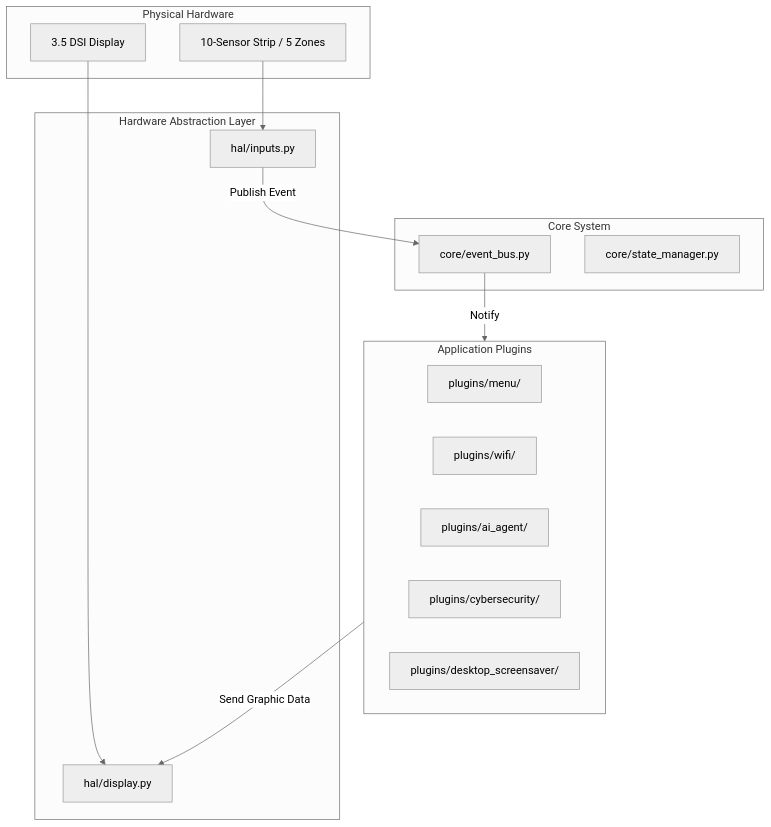
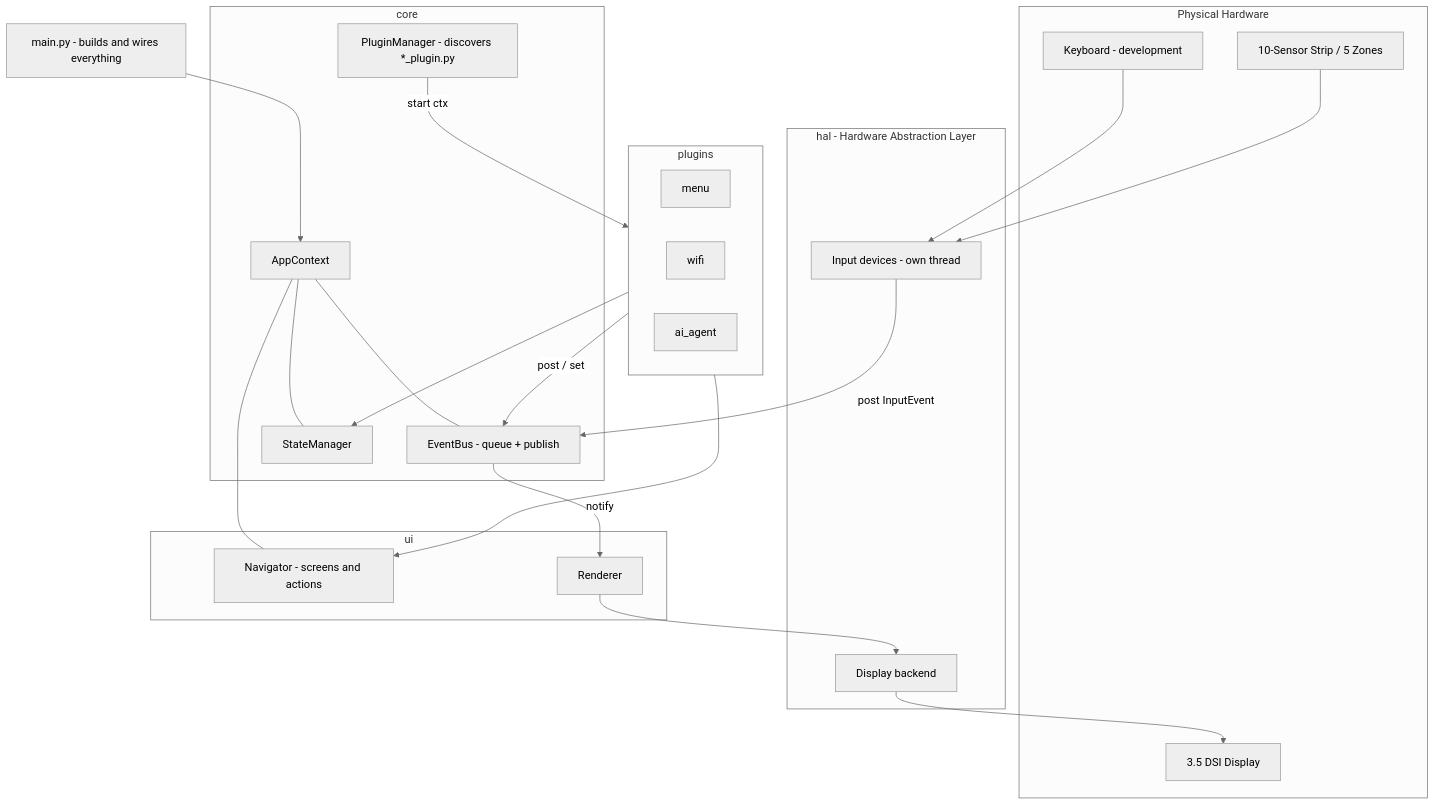
One commit to A-Dann/Antonino-TuttoFare_PI3bplus changed the first of 2 diagrams in docs/architecture.md. Above: the diagram before and after it, drawn with Mermaid (neutral theme). The commit also changed other lines of this file, not shown here.

First line of the commit message:
Update architecture docs for queue, context and navigator

````diff
--- a/docs/architecture.md
+++ b/docs/architecture.md
@@ -5,32 +8,48 @@
 ```mermaid
 graph TD
     subgraph Hardware [Physical Hardware]
         Display[3.5 DSI Display]
         Strip[10-Sensor Strip / 5 Zones]
+        Keyboard[Keyboard - development]
     end
 
-    subgraph HAL [Hardware Abstraction Layer]
-        HalDisplay[hal/display.py]
-        HalInputs[hal/inputs.py]
+    subgraph HAL [hal - Hardware Abstraction Layer]
+        InputDevice[Input devices - own thread]
+        HalDisplay[Display backend]
     end
 
-    subgraph Core [Core System]
-        EventBus[core/event_bus.py]
-        StateMgr[core/state_manager.py]
+    subgraph Core [core]
+        EventBus[EventBus - queue + publish]
+        StateMgr[StateManager]
+        PluginMgr[PluginManager - discovers *_plugin.py]
+        Context[AppContext]
     end
 
-    subgraph Plugins [Application Plugins]
-        Menu[plugins/menu/]
-        Wifi[plugins/wifi/]
-        AiAgent[plugins/ai_agent/]
-        Cyber[plugins/cybersecurity/]
-        Desktop[plugins/desktop_screensaver/]
+    subgraph UI [ui]
+        Navigator[Navigator - screens and actions]
+        Renderer[Renderer]
     end
 
-    Display --> HalDisplay
-    Strip --> HalInputs
+    subgraph Plugins [plugins]
+        Menu[menu]
+        Wifi[wifi]
+        AiAgent[ai_agent]
+    end
 
-    HalInputs -->|Publish Event| EventBus
-    EventBus -->|Notify| Plugins
-    Plugins -->|Send Graphic Data| HalDisplay
+    Main[main.py - builds and wires everything]
+
+    Keyboard --> InputDevice
+    Strip --> InputDevice
+    InputDevice -->|post InputEvent| EventBus
+    Main --> Context
+    Context --- EventBus
+    Context --- StateMgr
+    Context --- Navigator
+    PluginMgr -->|start ctx| Plugins
+    Plugins -->|post / set| EventBus
+    Plugins --> StateMgr
+    Plugins --> Navigator
+    EventBus -->|notify| Renderer
+    Renderer --> HalDisplay
+    HalDisplay --> Display
 ```
````
